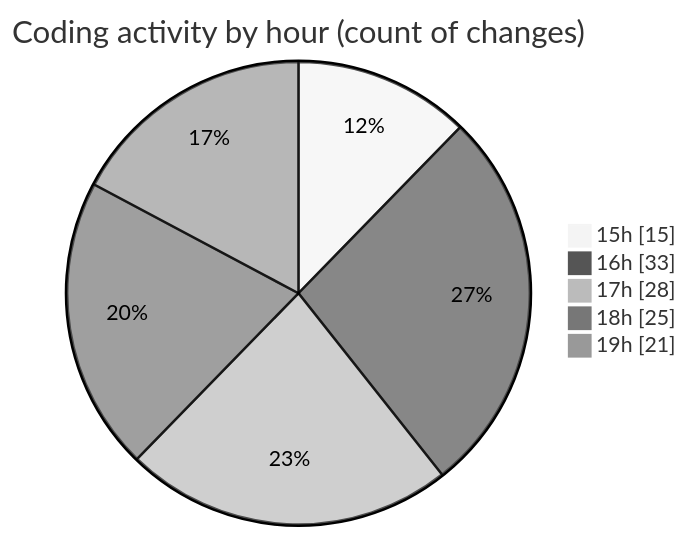
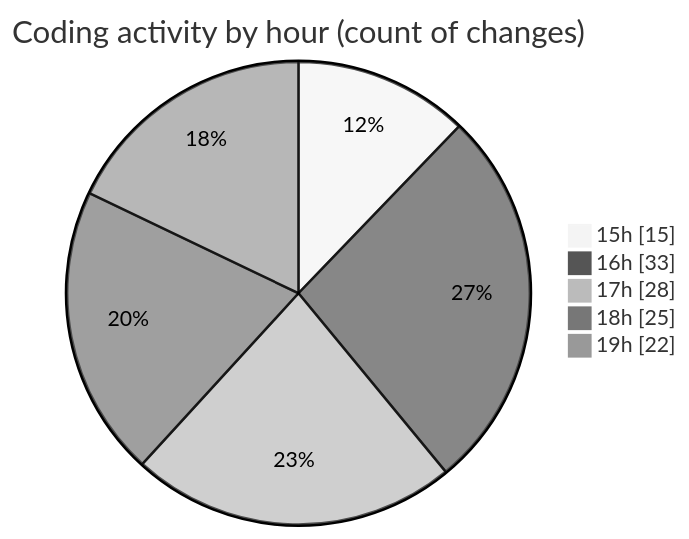
Before and after one commit to donsfak/code-tracking: the second of 2 diagrams in 2025-02-25/trackers_app/README.md, drawn with Mermaid (neutral theme). The commit also changed other lines of this file and 1 other file, not shown here.

````diff
--- a/2025-02-25/trackers_app/README.md
+++ b/2025-02-25/trackers_app/README.md
@@ -42,9 +42,9 @@
 ```mermaid
 pie showData
 title Coding activity by hour (count of changes)
 "15h" : 15
 "16h" : 33
 "17h" : 28
 "18h" : 25
-"19h" : 21
+"19h" : 22
 ```
````
